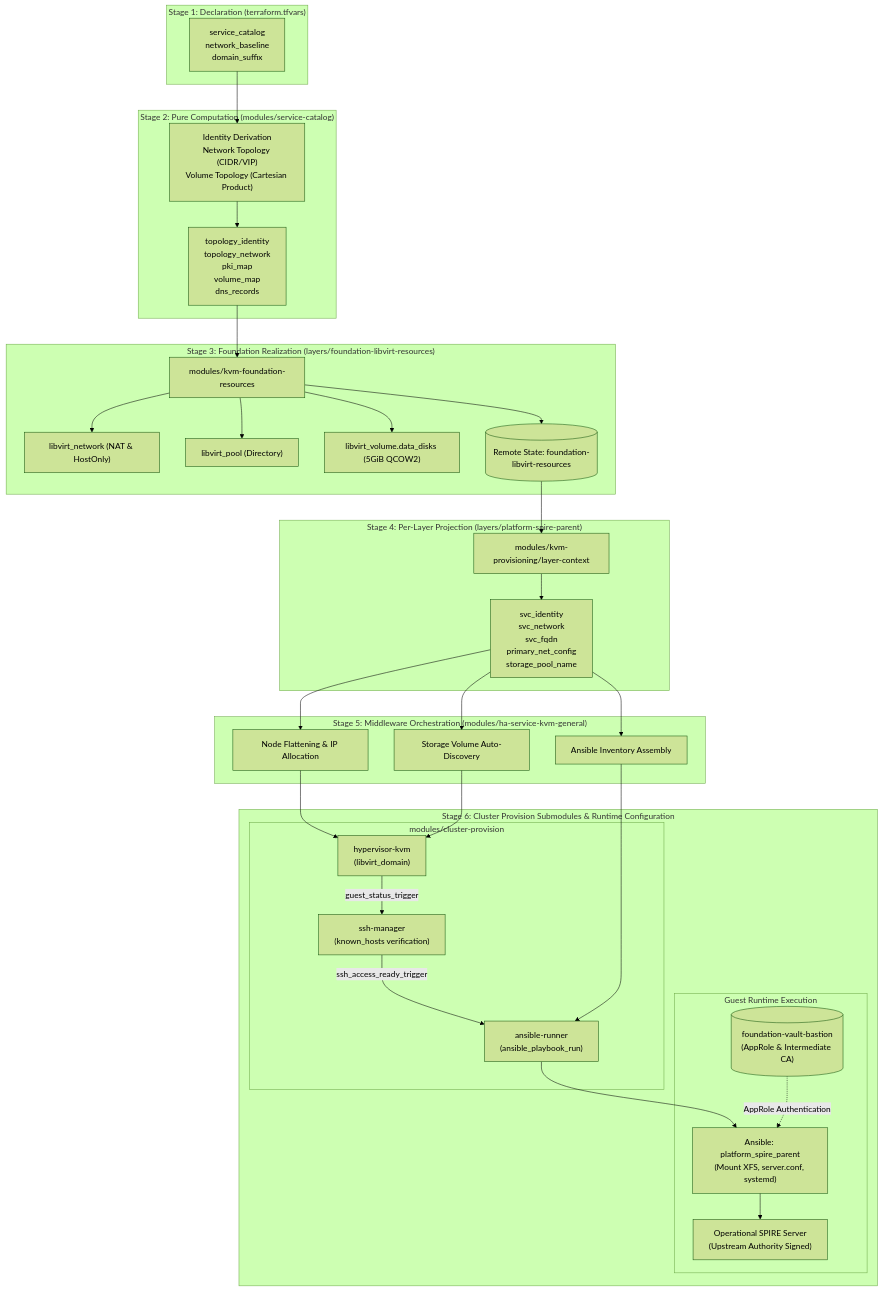
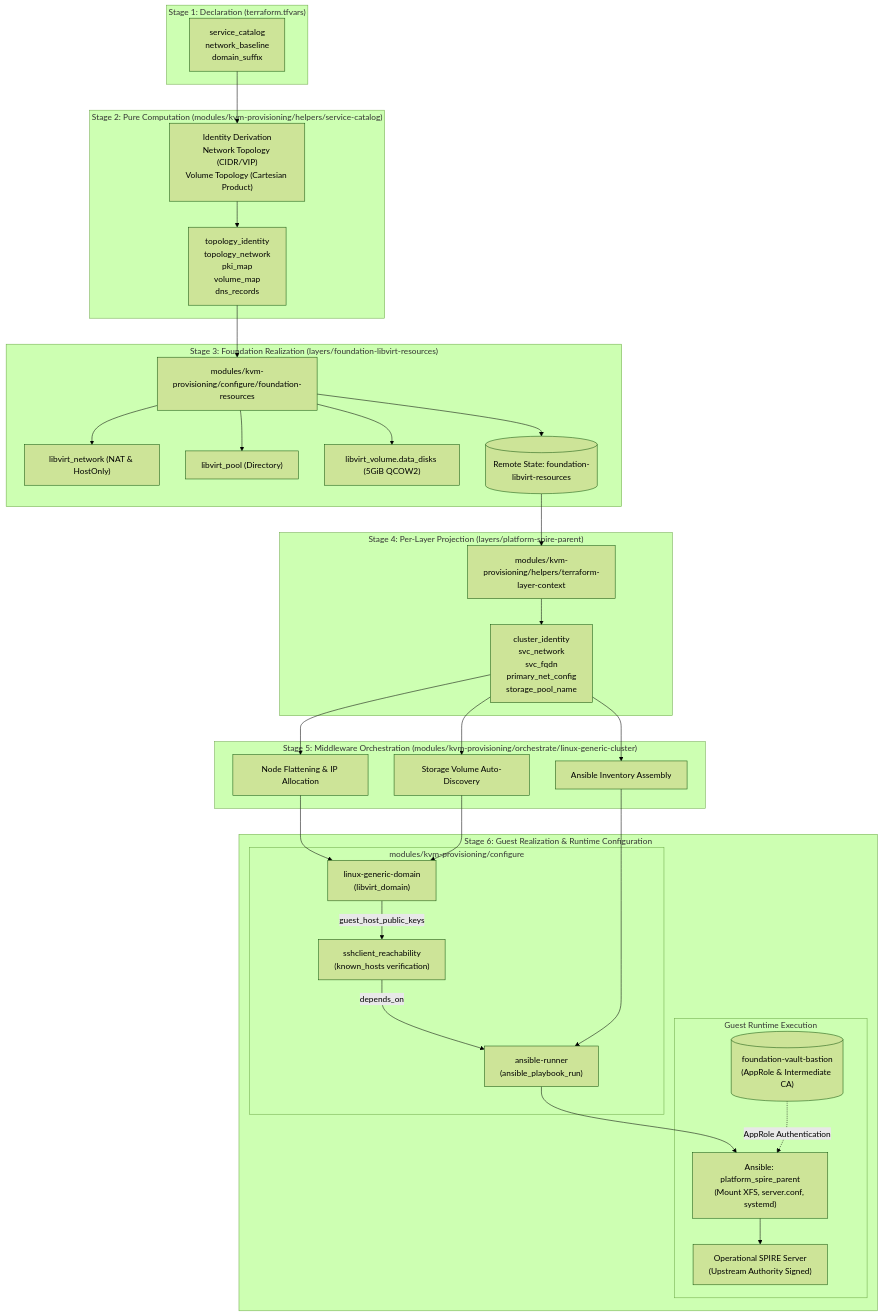
The first of 3 diagrams in documentation/architecture/kvm-provisioning-pipeline.md (csning1998/meta-platform), drawn with Mermaid (forest theme) before and after one commit. The commit also changed other lines of this file and 2 other files, not shown here.

Commit message:
docs: add Terraform operations to README and align the lexicon with the naming standard

````diff
--- a/documentation/architecture/kvm-provisioning-pipeline.md
+++ b/documentation/architecture/kvm-provisioning-pipeline.md
@@ -18,61 +18,61 @@
 ```mermaid
 flowchart TD
     subgraph S1 ["Stage 1: Declaration (terraform.tfvars)"]
         SC_VARS["service_catalog\nnetwork_baseline\ndomain_suffix"]
     end
 
-    subgraph S2 ["Stage 2: Pure Computation (modules/service-catalog)"]
+    subgraph S2 ["Stage 2: Pure Computation (modules/kvm-provisioning/helpers/service-catalog)"]
         SC_LOC["Identity Derivation\nNetwork Topology (CIDR/VIP)\nVolume Topology (Cartesian Product)"]
         SC_OUT["topology_identity\ntopology_network\npki_map\nvolume_map\ndns_records"]
     end
 
     subgraph S3 ["Stage 3: Foundation Realization (layers/foundation-libvirt-resources)"]
-        KVM_FOUND["modules/kvm-foundation-resources"]
+        KVM_FOUND["modules/kvm-provisioning/configure/foundation-resources"]
         RES_NET["libvirt_network (NAT & HostOnly)"]
         RES_POOL["libvirt_pool (Directory)"]
         RES_VOL["libvirt_volume.data_disks (5GiB QCOW2)"]
         FOUND_STATE[("Remote State: foundation-libvirt-resources")]
     end
 
     subgraph S4 ["Stage 4: Per-Layer Projection (layers/platform-spire-parent)"]
-        LC_MOD["modules/kvm-provisioning/layer-context"]
-        LC_OUT["svc_identity\nsvc_network\nsvc_fqdn\nprimary_net_config\nstorage_pool_name"]
+        LC_MOD["modules/kvm-provisioning/helpers/terraform-layer-context"]
+        LC_OUT["cluster_identity\nsvc_network\nsvc_fqdn\nprimary_net_config\nstorage_pool_name"]
     end
 
-    subgraph S5 ["Stage 5: Middleware Orchestration (modules/ha-service-kvm-general)"]
+    subgraph S5 ["Stage 5: Middleware Orchestration (modules/kvm-provisioning/orchestrate/linux-generic-cluster)"]
         FLAT["Node Flattening & IP Allocation"]
         VOL_DISC["Storage Volume Auto-Discovery"]
         INV_GEN["Ansible Inventory Assembly"]
     end
 
-    subgraph S6 ["Stage 6: Cluster Provision Submodules & Runtime Configuration"]
-        subgraph CP ["modules/cluster-provision"]
-            HKVM["hypervisor-kvm\n(libvirt_domain)"]
-            SSHM["ssh-manager\n(known_hosts verification)"]
+    subgraph S6 ["Stage 6: Guest Realization & Runtime Configuration"]
+        subgraph CP ["modules/kvm-provisioning/configure"]
+            HKVM["linux-generic-domain\n(libvirt_domain)"]
+            SSHM["sshclient_reachability\n(known_hosts verification)"]
             ARUN["ansible-runner\n(ansible_playbook_run)"]
         end
         subgraph RUNTIME ["Guest Runtime Execution"]
             VAULT_PKI[("foundation-vault-bastion\n(AppRole & Intermediate CA)")]
             ANS_ROLE["Ansible: platform_spire_parent\n(Mount XFS, server.conf, systemd)"]
             SPIRE_RUN["Operational SPIRE Server\n(Upstream Authority Signed)"]
         end
     end
 
     SC_VARS --> SC_LOC --> SC_OUT
     SC_OUT --> KVM_FOUND
     KVM_FOUND --> RES_NET & RES_POOL & RES_VOL
     KVM_FOUND --> FOUND_STATE
 
     FOUND_STATE --> LC_MOD
     LC_MOD --> LC_OUT
     LC_OUT --> FLAT & VOL_DISC & INV_GEN
 
     FLAT & VOL_DISC --> HKVM
-    HKVM -->|guest_status_trigger| SSHM
-    SSHM -->|ssh_access_ready_trigger| ARUN
+    HKVM -->|guest_host_public_keys| SSHM
+    SSHM -->|depends_on| ARUN
     INV_GEN --> ARUN
 
     ARUN --> ANS_ROLE
     VAULT_PKI -.->|AppRole Authentication| ANS_ROLE
     ANS_ROLE --> SPIRE_RUN
 ```
````
